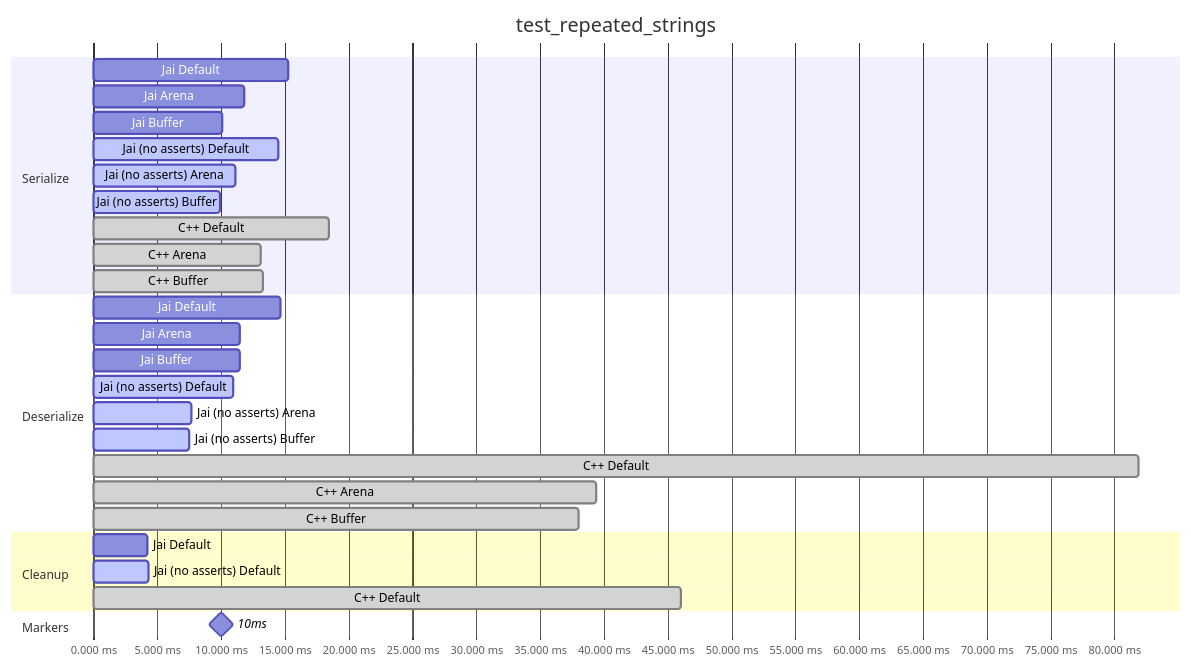
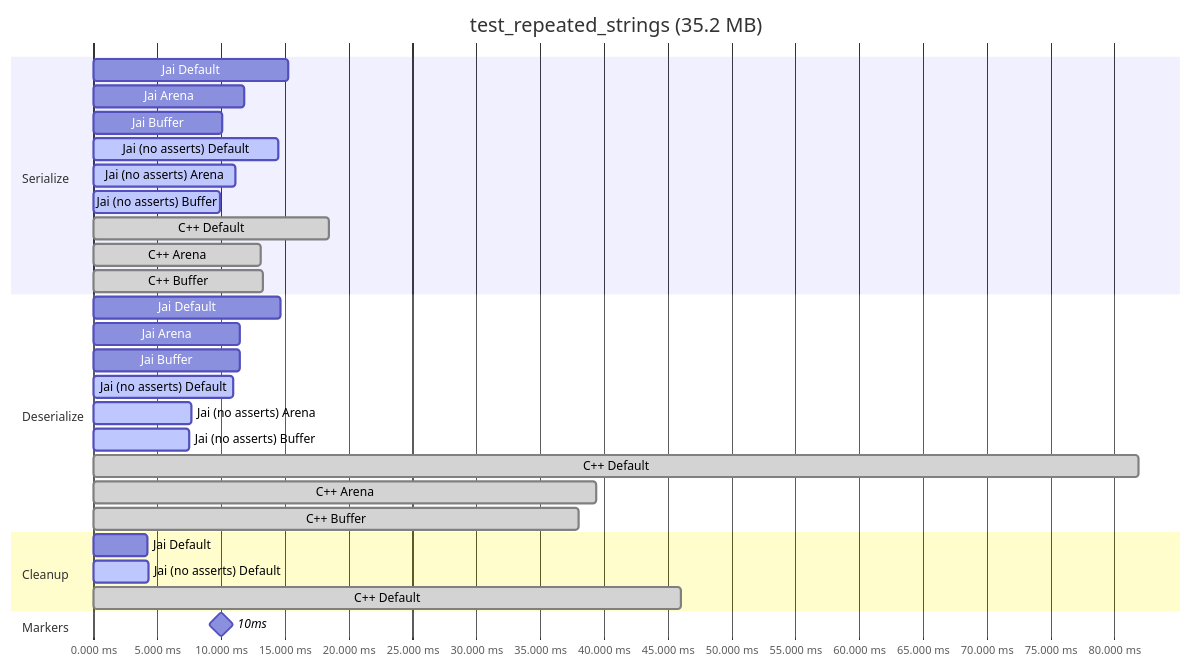
The fourth of 7 diagrams in README.md (segcore/jai-protobuf-timings), drawn with Mermaid before and after one commit. The commit also changed other lines of this file and 1 other file, not shown here.

````diff
--- a/README.md
+++ b/README.md
@@ -115,32 +115,32 @@
 ```mermaid
 gantt
-    title test_repeated_strings
+    title test_repeated_strings (35.2 MB)
     dateFormat x
     axisFormat %s.%L ms
     section Serialize
         Jai Default : 0, 15.24555s
         Jai Arena : 0, 11.835906s
         Jai Buffer : 0, 10.091934s
         Jai (no asserts) Default :active, 0, 14.460114s
         Jai (no asserts) Arena :active, 0, 11.118865s
         Jai (no asserts) Buffer :active, 0, 9.919726s
         C++ Default :done, 0, 18.430537s
         C++ Arena :done, 0, 13.131528s
         C++ Buffer :done, 0, 13.242558s
     section Deserialize
         Jai Default : 0, 14.682982s
         Jai Arena : 0, 11.473001s
         Jai Buffer : 0, 11.438935s
         Jai (no asserts) Default :active, 0, 10.907949s
         Jai (no asserts) Arena :active, 0, 7.652731s
         Jai (no asserts) Buffer :active, 0, 7.497309s
         C++ Default :done, 0, 81.873521s
         C++ Arena :done, 0, 39.423258s
         C++ Buffer :done, 0, 37.999314s
     section Cleanup
         Jai Default : 0, 4.256266s
         Jai (no asserts) Default :active, 0, 4.273207s
         C++ Default :done, 0, 46.026607s
     section Markers
         10ms : milestone, m1, 0, 20s
 ```
````
